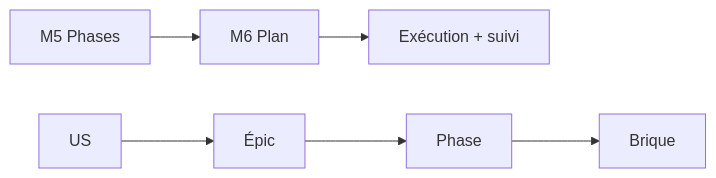
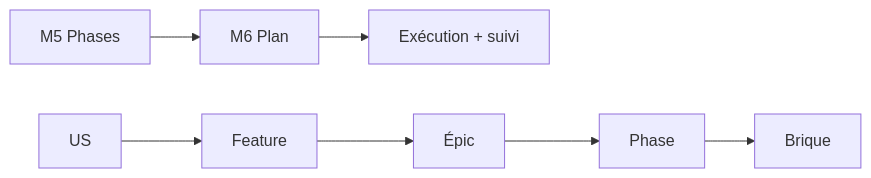
Before and after one commit to jmlmvi/methode-lmvi: the diagram in conception/TEMPLATE-M6-plan-technique.md, drawn with Mermaid. The commit also changed other lines of this file and 30 other files, not shown here.

First line of the commit message:
feat: kit 1.7.1 + 1.8.0 — correctifs de cohérence, puis niveau Feature (Épic → Feature → US obligatoire)

````diff
--- a/conception/TEMPLATE-M6-plan-technique.md
+++ b/conception/TEMPLATE-M6-plan-technique.md
@@ -23,6 +23,6 @@
 ```mermaid
 flowchart LR
   M5["M5 Phases"] --> M6["M6 Plan"]
   M6 --> EX["Exécution + suivi"]
-  US["US"] --> EP["Épic"] --> PH["Phase"] --> BR["Brique"]
+  US["US"] --> FT["Feature"] --> EP["Épic"] --> PH["Phase"] --> BR["Brique"]
 ```
````
